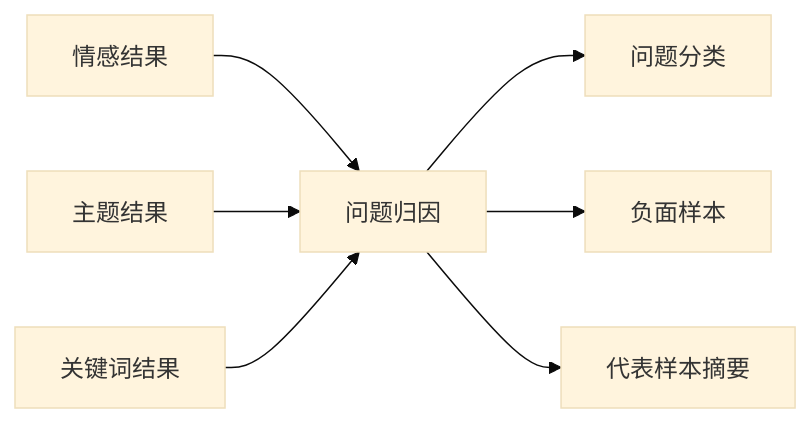
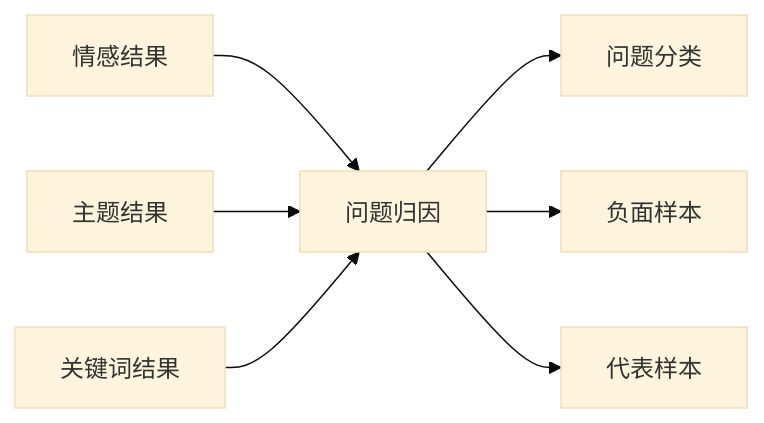
One commit to juemimgcd/sentiFlow changed the eighth of 18 diagrams in steps/day1-day15-summary.md. Above: the diagram before and after it, drawn with Mermaid (base theme). The commit also changed other lines of this file and 2 other files, not shown here.

````diff
--- a/steps/day1-day15-summary.md
+++ b/steps/day1-day15-summary.md
@@ -235,9 +262,9 @@
 ```mermaid
 flowchart LR
     A[情感结果] --> B[问题归因]
     C[主题结果] --> B
     D[关键词结果] --> B
     B --> E[问题分类]
     B --> F[负面样本]
-    B --> G[代表样本摘要]
+    B --> G[代表样本]
 ```
````
